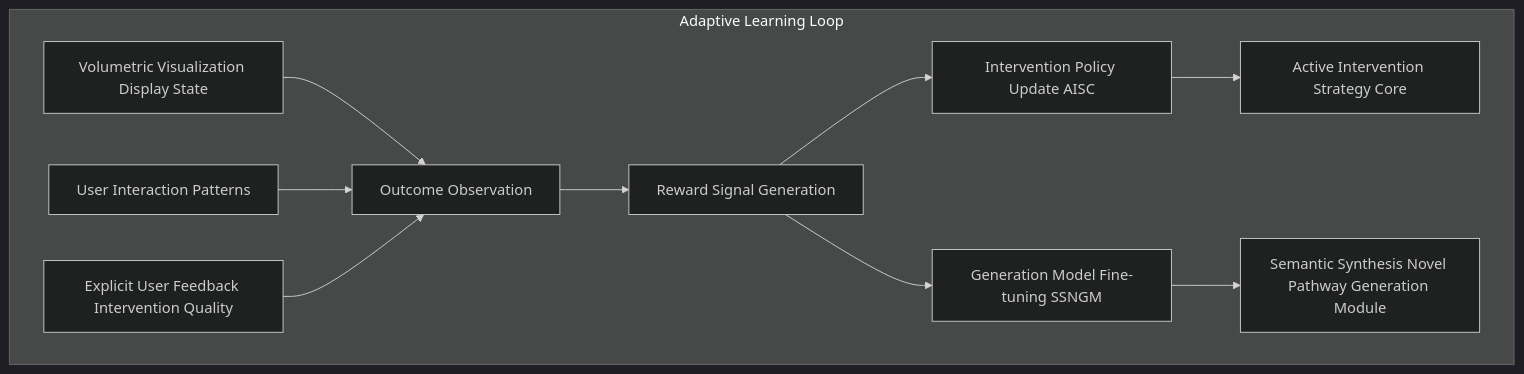
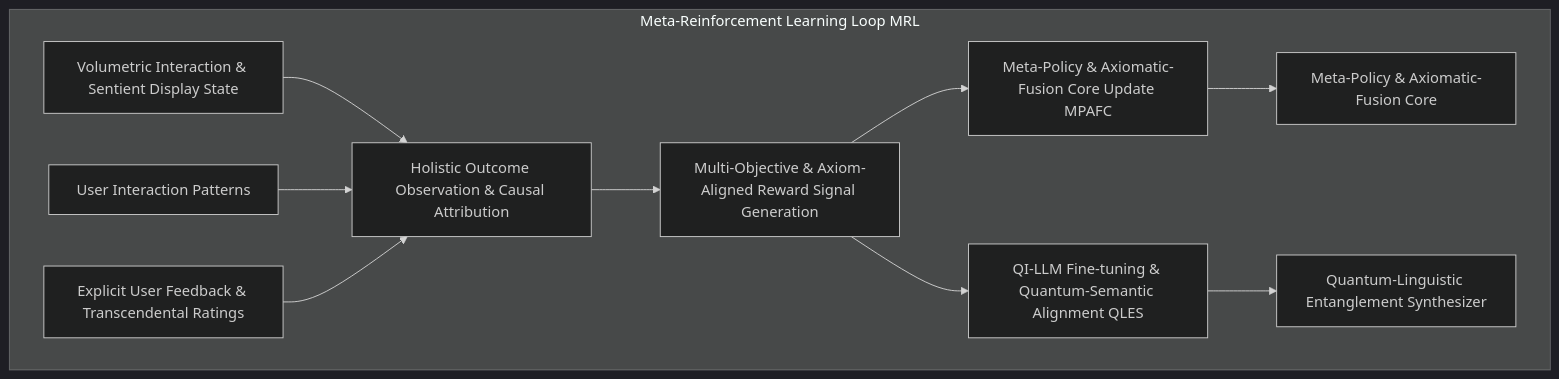
Before and after one commit to diplomat-bit/Citibank_Demo_Business_Inc_Demonstration-: the eighth of 11 diagrams in inventions/inventions/012_holographic_meeting_scribe/015_autonomous_discourse_orchestration_agent.md, drawn with Mermaid (dark theme). The commit also changed other lines of this file, not shown here.

````diff
--- a/inventions/inventions/012_holographic_meeting_scribe/015_autonomous_discourse_orchestration_agent.md
+++ b/inventions/inventions/012_holographic_meeting_scribe/015_autonomous_discourse_orchestration_agent.md
@@ -375,16 +378,16 @@
 ```mermaid
 graph TD
-    subgraph Adaptive Learning Loop
-        VVD_STATE[Volumetric Visualization Display State] --> OUTCOME_OBSERVATION[Outcome Observation];
+    subgraph Meta-Reinforcement Learning Loop MRL
+        VISDS_STATE[Volumetric Interaction & Sentient Display State] --> OUTCOME_OBSERVATION[Holistic Outcome Observation & Causal Attribution];
         USER_INTERACTION[User Interaction Patterns] --> OUTCOME_OBSERVATION;
-        EXPLICIT_FEEDBACK[Explicit User Feedback Intervention Quality] --> OUTCOME_OBSERVATION;
+        EXPLICIT_FEEDBACK[Explicit User Feedback & Transcendental Ratings] --> OUTCOME_OBSERVATION;
         
-        OUTCOME_OBSERVATION --> REWARD_SIGNAL_GEN[Reward Signal Generation];
+        OUTCOME_OBSERVATION --> REWARD_SIGNAL_GEN[Multi-Objective & Axiom-Aligned Reward Signal Generation];
         
-        REWARD_SIGNAL_GEN --> POLICY_UPDATE[Intervention Policy Update AISC];
-        REWARD_SIGNAL_GEN --> GENERATION_MODEL_FINE_TUNE[Generation Model Fine-tuning SSNGM];
+        REWARD_SIGNAL_GEN --> POLICY_UPDATE[Meta-Policy & Axiomatic-Fusion Core Update MPAFC];
+        REWARD_SIGNAL_GEN --> GENERATION_MODEL_FINE_TUNE[QI-LLM Fine-tuning & Quantum-Semantic Alignment QLES];
         
-        POLICY_UPDATE --> AISC_OUTPUT[Active Intervention Strategy Core];
-        GENERATION_MODEL_FINE_TUNE --> SSNGM_OUTPUT[Semantic Synthesis Novel Pathway Generation Module];
+        POLICY_UPDATE --> MPAFC_OUTPUT[Meta-Policy & Axiomatic-Fusion Core];
+        GENERATION_MODEL_FINE_TUNE --> QLES_OUTPUT[Quantum-Linguistic Entanglement Synthesizer];
     end
 ```
````
